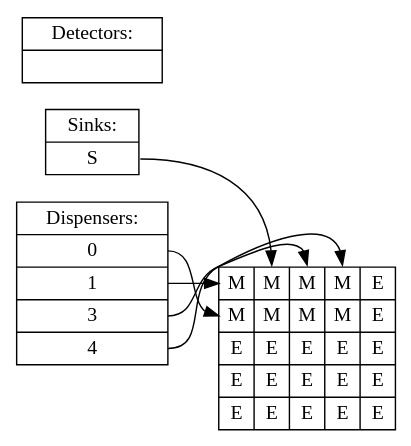
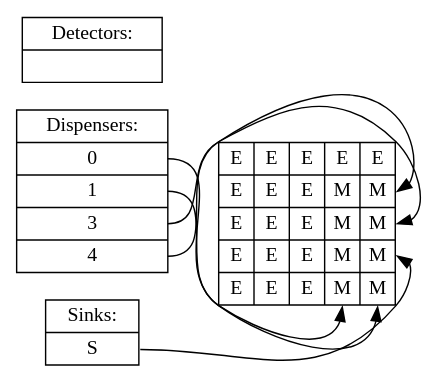
Before and after one commit to jiegec/OnePassSynthesisDMFB: the diagram in solutions/Simple_Mix2/time2.dot, drawn with Graphviz. The commit also changed 32 other files, not shown here.

```diff
--- a/solutions/Simple_Mix2/time2.dot
+++ b/solutions/Simple_Mix2/time2.dot
@@ -1,11 +1,11 @@
 digraph step {rankdir=LR;node [shape=record,fontname="Inconsolata"];
-dispenser [label="Dispensers:|<d18>0|<d19>1|<d2>3|<d3>4"];
-sink [label="Sinks:|<s1>S"];
+dispenser [label="Dispensers:|<d9>0|<d11>1|<d7>3|<d6>4"];
+sink [label="Sinks:|<s8>S"];
 detector [label="Detectors:|"];
-board [label="{<f00>M|<f01>M|<f02>M|<f03>M|<f04>E}|{<f10>M|<f11>M|<f12>M|<f13>M|<f14>E}|{<f20>E|<f21>E|<f22>E|<f23>E|<f24>E}|{<f30>E|<f31>E|<f32>E|<f33>E|<f34>E}|{<f40>E|<f41>E|<f42>E|<f43>E|<f44>E}"];
-dispenser:d18 -> board:f10
-dispenser:d19 -> board:f00
-dispenser:d2 -> board:f02
-dispenser:d3 -> board:f03
-sink:s1 -> board:f01
+board [label="{<f00>E|<f01>E|<f02>E|<f03>E|<f04>E}|{<f10>E|<f11>E|<f12>E|<f13>M|<f14>M}|{<f20>E|<f21>E|<f22>E|<f23>M|<f24>M}|{<f30>E|<f31>E|<f32>E|<f33>M|<f34>M}|{<f40>E|<f41>E|<f42>E|<f43>M|<f44>M}"];
+dispenser:d9 -> board:f44
+dispenser:d11 -> board:f43
+dispenser:d7 -> board:f24
+dispenser:d6 -> board:f14
+sink:s8 -> board:f34
 }
```
